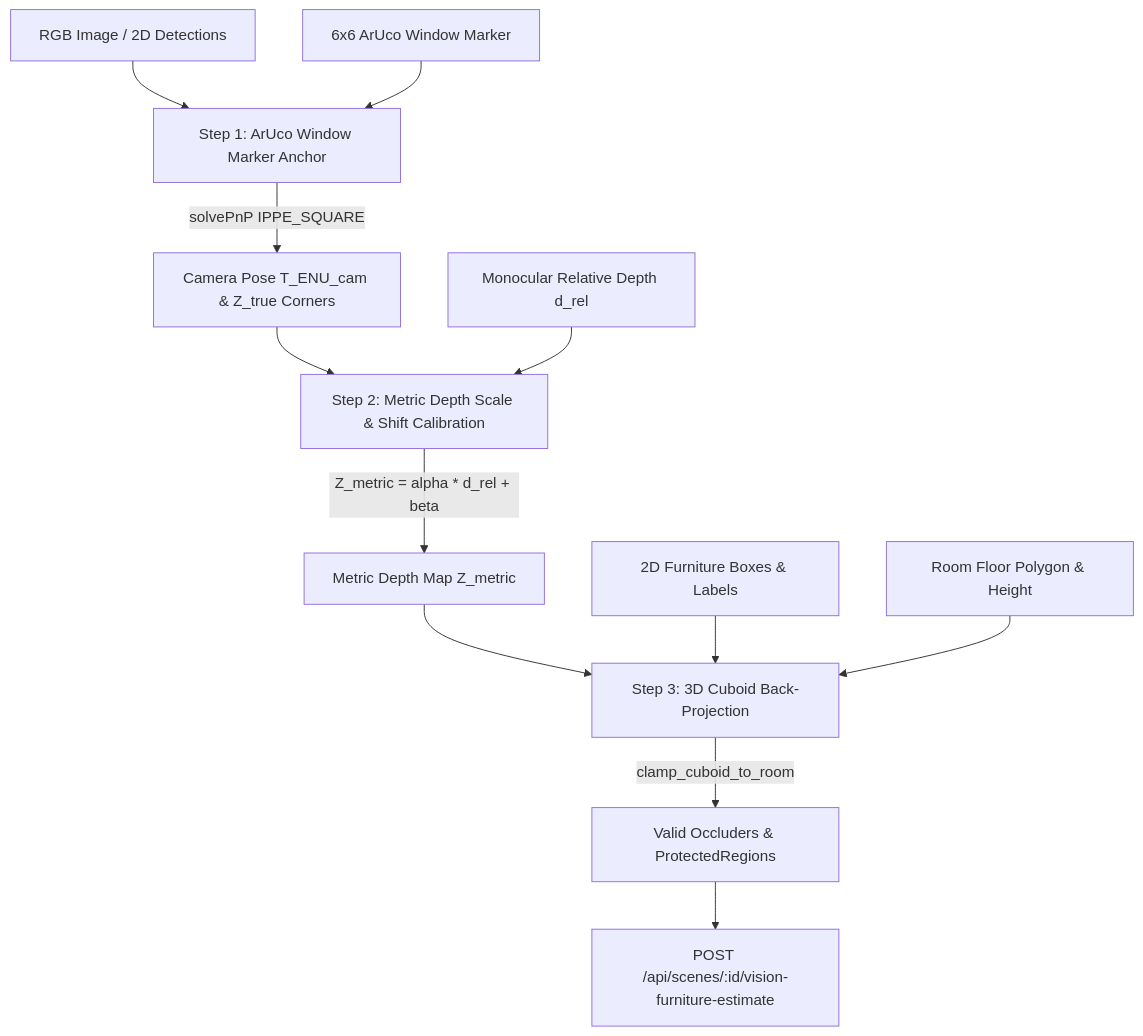
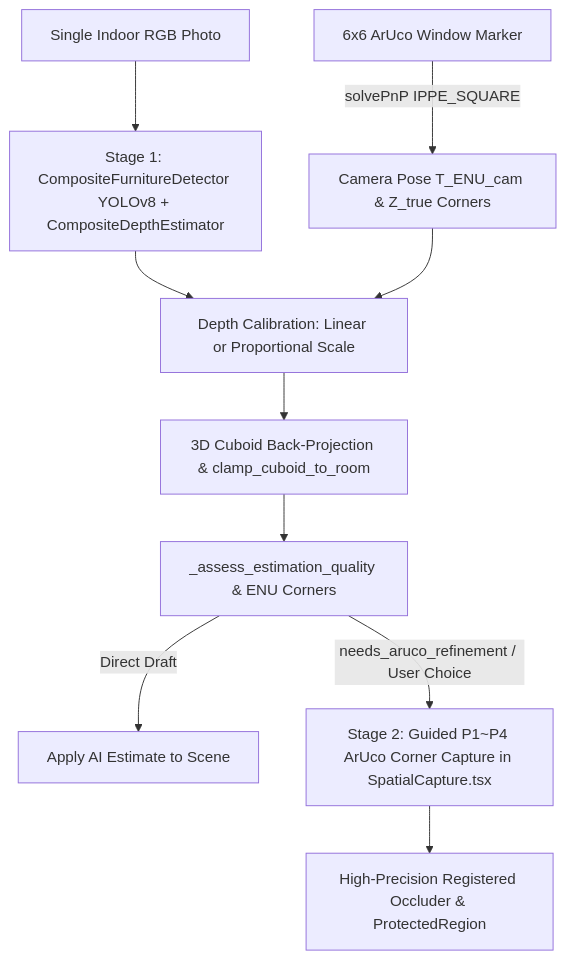
One commit to hing9-9-9/SunSync changed the diagram in docs/fr03_vision_ai_3d_estimation.md. Above: the diagram before and after it, drawn with Mermaid. The commit also changed other lines of this file and 13 other files, not shown here.

Commit message:
feat(vision-ai): add hybrid YOLOv8/DepthAnything pipeline with guided ArUco corner fallback

````diff
--- a/docs/fr03_vision_ai_3d_estimation.md
+++ b/docs/fr03_vision_ai_3d_estimation.md
@@ -19,14 +18,12 @@
 ```mermaid
 flowchart TD
-    Img[RGB Image / 2D Detections] --> Step1[Step 1: ArUco Window Marker Anchor]
-    Aruco[6x6 ArUco Window Marker] --> Step1
-    Step1 -->|solvePnP IPPE_SQUARE| Pose[Camera Pose T_ENU_cam & Z_true Corners]
-    Pose --> Step2[Step 2: Metric Depth Scale & Shift Calibration]
-    DepthEst[Monocular Relative Depth d_rel] --> Step2
-    Step2 -->|Z_metric = alpha * d_rel + beta| CalibratedDepth[Metric Depth Map Z_metric]
-    CalibratedDepth --> Step3[Step 3: 3D Cuboid Back-Projection]
-    Detections2D[2D Furniture Boxes & Labels] --> Step3
-    RoomPoly[Room Floor Polygon & Height] --> Step3
-    Step3 -->|clamp_cuboid_to_room| Occluders[Valid Occluders & ProtectedRegions]
-    Occluders --> API[POST /api/scenes/:id/vision-furniture-estimate]
+    Img[Single Indoor RGB Photo] --> Stage1[Stage 1: CompositeFurnitureDetector YOLOv8 + CompositeDepthEstimator]
+    Aruco[6x6 ArUco Window Marker] -->|solvePnP IPPE_SQUARE| Pose[Camera Pose T_ENU_cam & Z_true Corners]
+    Stage1 --> Calib[Depth Calibration: Linear or Proportional Scale]
+    Pose --> Calib
+    Calib --> Backproj[3D Cuboid Back-Projection & clamp_cuboid_to_room]
+    Backproj --> Quality[_assess_estimation_quality & ENU Corners]
+    Quality -->|Direct Draft| SceneDraft[Apply AI Estimate to Scene]
+    Quality -->|needs_aruco_refinement / User Choice| GuidedAruco[Stage 2: Guided P1~P4 ArUco Corner Capture in SpatialCapture.tsx]
+    GuidedAruco --> SceneFinal[High-Precision Registered Occluder & ProtectedRegion]
 ```
````
